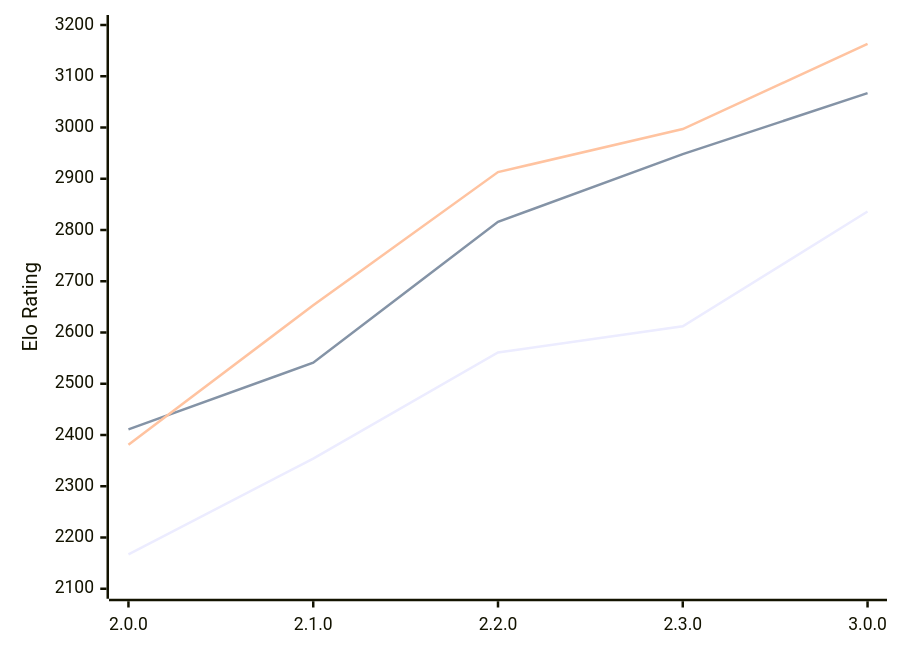
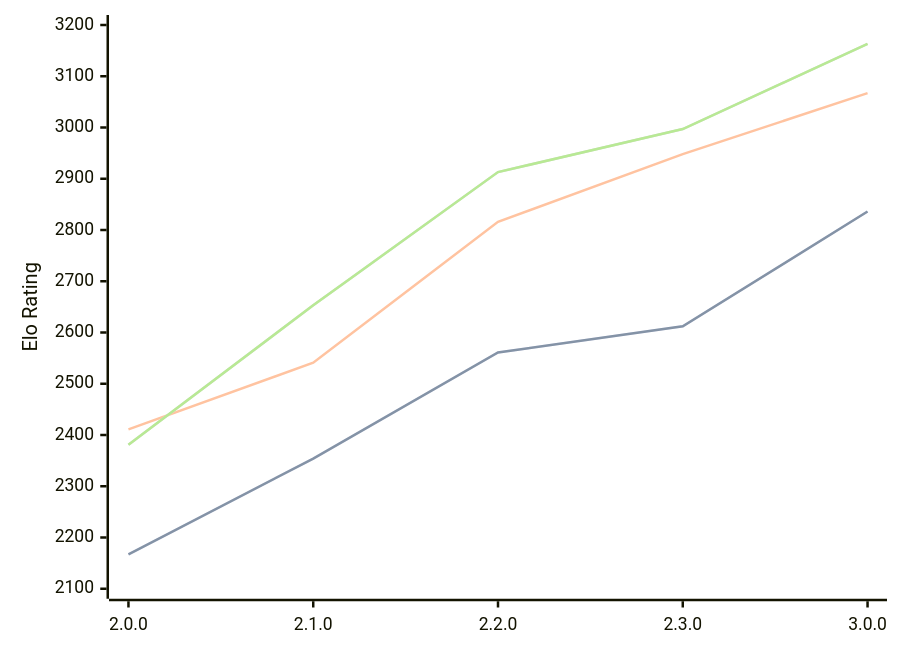
Before and after one commit to computer-chess-index/cci: the diagram in engines/Raphael.md, drawn with Mermaid. The commit also changed other lines of this file, not shown here.

Commit message:
Update CCI Ratings (ELO VLTC) - 2026-02-13

````diff
--- a/engines/Raphael.md
+++ b/engines/Raphael.md
@@ -44,9 +44,11 @@
 ```mermaid
 %%{init: {"theme":"base","themeVariables":{"seriesColors:['#a3a3a3','#222221','#faa371']}}}%%
 xychart-beta
   x-axis ["2.0.0", "2.1.0", "2.2.0", "2.3.0", "3.0.0"]
   y-axis "Elo Rating" 2100 --> 3200
   line "STC (8.0+0.08s)" [2167, 2354, 2561, 2612, 2836]
+  line "STC (8.0+0.08s)" [2167, 2354, 2561, 2612, 2836]
   line "LTC (60.0+0.60s)" [2411, 2541, 2816, 2948, 3067]
   line "VLTC (2m24s+1.12s)" [2381, 2653, 2913, 2997, 3163]
+  line "VLTC (2m24s+1.12s)" [2381, 2653, 2913, 2997, 3163]
 ```
````
